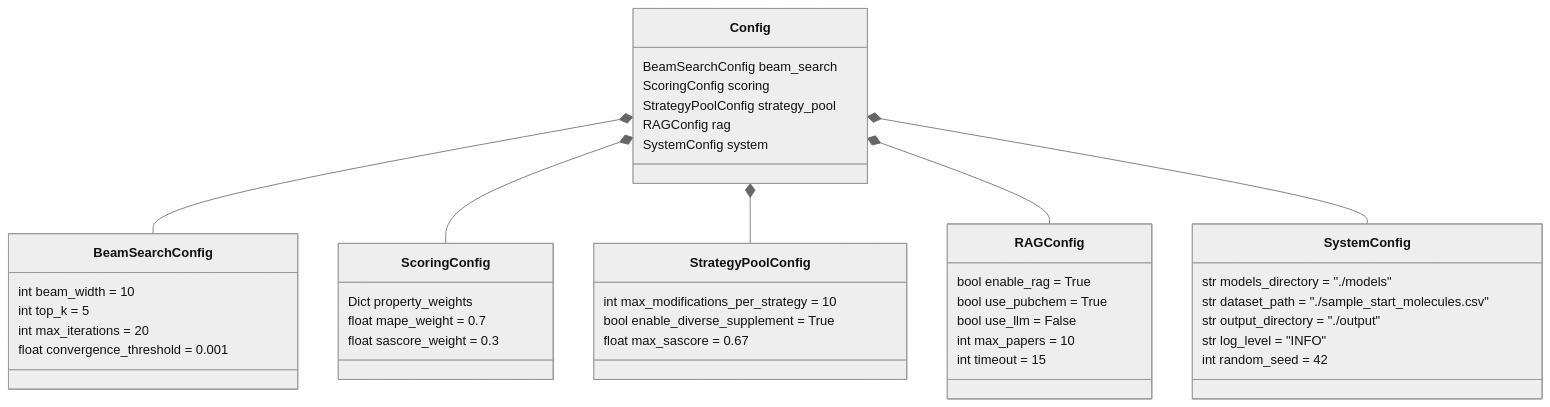
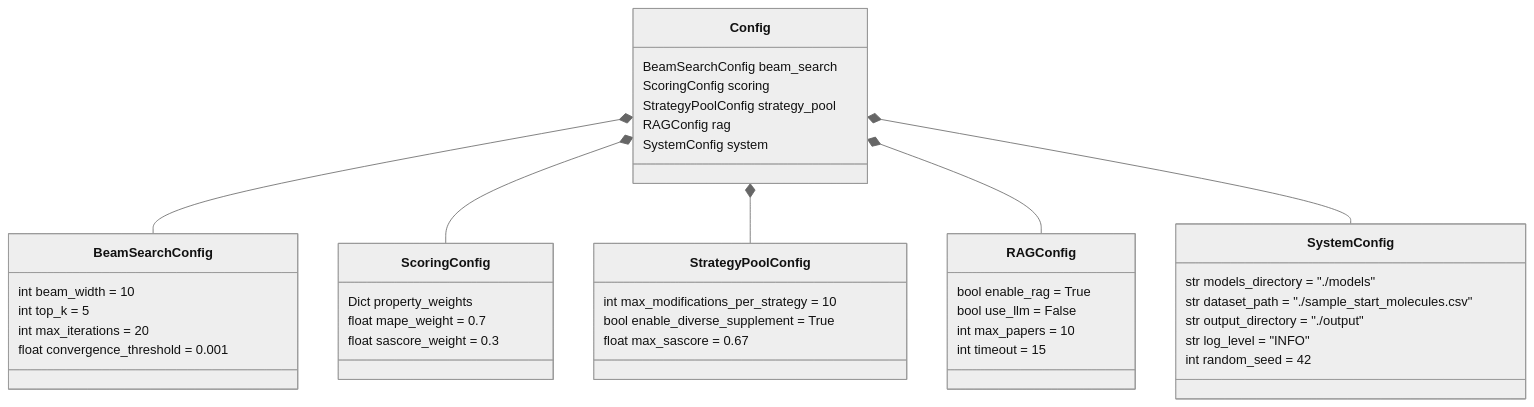
Before and after one commit to josefberman/EnergeticGraph: diagram 17 of 19 in docs/system_design.md, drawn with Mermaid (neutral theme). The commit also changed other lines of this file and 3 other files, not shown here.

````diff
--- a/docs/system_design.md
+++ b/docs/system_design.md
@@ -852,51 +846,50 @@
 ```mermaid
 classDiagram
     class Config {
         BeamSearchConfig beam_search
         ScoringConfig scoring
         StrategyPoolConfig strategy_pool
         RAGConfig rag
         SystemConfig system
     }
     
     class BeamSearchConfig {
         int beam_width = 10
         int top_k = 5
         int max_iterations = 20
         float convergence_threshold = 0.001
     }
     
     class ScoringConfig {
         Dict property_weights
         float mape_weight = 0.7
         float sascore_weight = 0.3
     }
     
     class StrategyPoolConfig {
         int max_modifications_per_strategy = 10
         bool enable_diverse_supplement = True
         float max_sascore = 0.67
     }
     
     class RAGConfig {
         bool enable_rag = True
-        bool use_pubchem = True
         bool use_llm = False
         int max_papers = 10
         int timeout = 15
     }
     
     class SystemConfig {
         str models_directory = "./models"
         str dataset_path = "./sample_start_molecules.csv"
         str output_directory = "./output"
         str log_level = "INFO"
         int random_seed = 42
     }
     
     Config *-- BeamSearchConfig
     Config *-- ScoringConfig
     Config *-- StrategyPoolConfig
     Config *-- RAGConfig
     Config *-- SystemConfig
 ```
````
